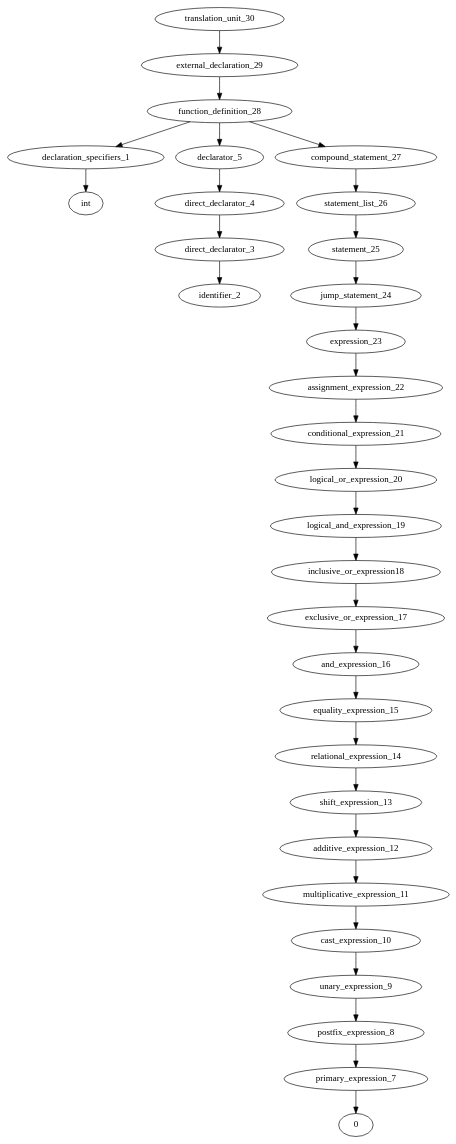
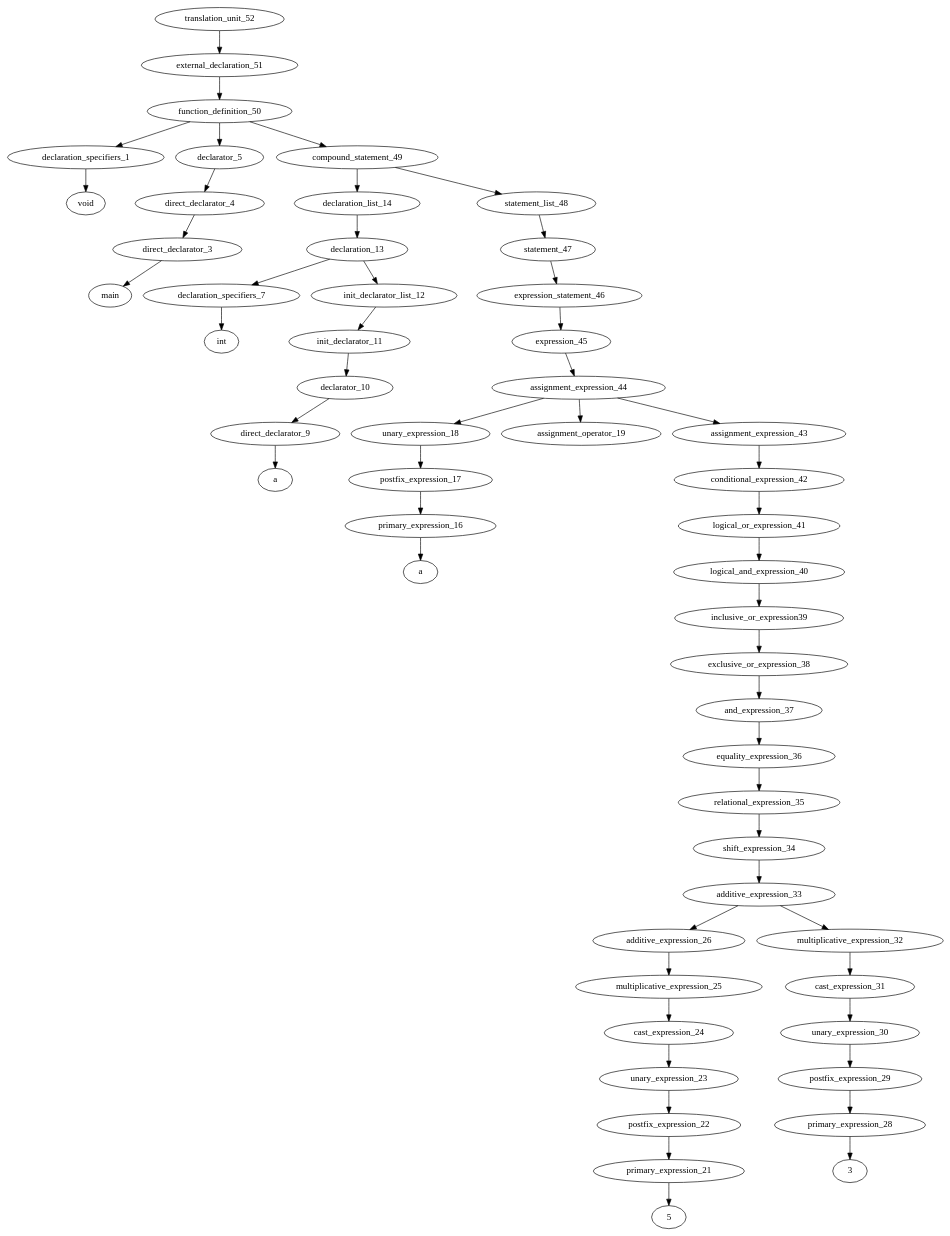
Before and after one commit to ahpalmerUNR/c_compiler: the diagram in graphs/default.gv, drawn with Graphviz. The commit also changed 4 other files, not shown here.

```diff
--- a/graphs/default.gv
+++ b/graphs/default.gv
@@ -1,34 +1,61 @@
 digraph AST {
-	translation_unit_30 -> external_declaration_29;
-	external_declaration_29 -> function_definition_28;
-	function_definition_28 -> declaration_specifiers_1;
+	translation_unit_52 -> external_declaration_51;
+	external_declaration_51 -> function_definition_50;
+	function_definition_50 -> declaration_specifiers_1;
 	declaration_specifiers_1 -> type_specifier_0;
-	type_specifier_0 [label="int"]
-	function_definition_28 -> declarator_5;
+	type_specifier_0 [label="void"]
+	function_definition_50 -> declarator_5;
 	declarator_5 -> direct_declarator_4;
 	direct_declarator_4 -> direct_declarator_3;
 	direct_declarator_3 -> identifier_2;
-	function_definition_28 -> compound_statement_27;
-	compound_statement_27 -> statement_list_26;
-	statement_list_26 -> statement_25;
-	statement_25 -> jump_statement_24;
-	jump_statement_24 -> expression_23;
-	expression_23 -> assignment_expression_22;
-	assignment_expression_22 -> conditional_expression_21;
-	conditional_expression_21 -> logical_or_expression_20;
-	logical_or_expression_20 -> logical_and_expression_19;
-	logical_and_expression_19 -> inclusive_or_expression18;
-	inclusive_or_expression18 -> exclusive_or_expression_17;
-	exclusive_or_expression_17 -> and_expression_16;
-	and_expression_16 -> equality_expression_15;
-	equality_expression_15 -> relational_expression_14;
-	relational_expression_14 -> shift_expression_13;
-	shift_expression_13 -> additive_expression_12;
-	additive_expression_12 -> multiplicative_expression_11;
-	multiplicative_expression_11 -> cast_expression_10;
-	cast_expression_10 -> unary_expression_9;
-	unary_expression_9 -> postfix_expression_8;
-	postfix_expression_8 -> primary_expression_7;
-	primary_expression_7 -> constant_6;
-	constant_6 [label="0"]
+	identifier_2 [label="main"]
+	function_definition_50 -> compound_statement_49;
+	compound_statement_49 -> declaration_list_14;
+	declaration_list_14 -> declaration_13;
+	declaration_13 -> declaration_specifiers_7;
+	declaration_specifiers_7 -> type_specifier_6;
+	type_specifier_6 [label="int"]
+	declaration_13 -> init_declarator_list_12;
+	init_declarator_list_12 -> init_declarator_11;
+	init_declarator_11 -> declarator_10;
+	declarator_10 -> direct_declarator_9;
+	direct_declarator_9 -> identifier_8;
+	identifier_8 [label="a"]
+	compound_statement_49 -> statement_list_48;
+	statement_list_48 -> statement_47;
+	statement_47 -> expression_statement_46;
+	expression_statement_46 -> expression_45;
+	expression_45 -> assignment_expression_44;
+	assignment_expression_44 -> unary_expression_18;
+	unary_expression_18 -> postfix_expression_17;
+	postfix_expression_17 -> primary_expression_16;
+	primary_expression_16 -> identifier_15;
+	identifier_15 [label="a"]
+	assignment_expression_44 -> assignment_operator_19;
+	assignment_expression_44 -> assignment_expression_43;
+	assignment_expression_43 -> conditional_expression_42;
+	conditional_expression_42 -> logical_or_expression_41;
+	logical_or_expression_41 -> logical_and_expression_40;
+	logical_and_expression_40 -> inclusive_or_expression39;
+	inclusive_or_expression39 -> exclusive_or_expression_38;
+	exclusive_or_expression_38 -> and_expression_37;
+	and_expression_37 -> equality_expression_36;
+	equality_expression_36 -> relational_expression_35;
+	relational_expression_35 -> shift_expression_34;
+	shift_expression_34 -> additive_expression_33;
+	additive_expression_33 -> additive_expression_26;
+	additive_expression_26 -> multiplicative_expression_25;
+	multiplicative_expression_25 -> cast_expression_24;
+	cast_expression_24 -> unary_expression_23;
+	unary_expression_23 -> postfix_expression_22;
+	postfix_expression_22 -> primary_expression_21;
+	primary_expression_21 -> constant_20;
+	constant_20 [label="5"]
+	additive_expression_33 -> multiplicative_expression_32;
+	multiplicative_expression_32 -> cast_expression_31;
+	cast_expression_31 -> unary_expression_30;
+	unary_expression_30 -> postfix_expression_29;
+	postfix_expression_29 -> primary_expression_28;
+	primary_expression_28 -> constant_27;
+	constant_27 [label="3"]
 }
```
